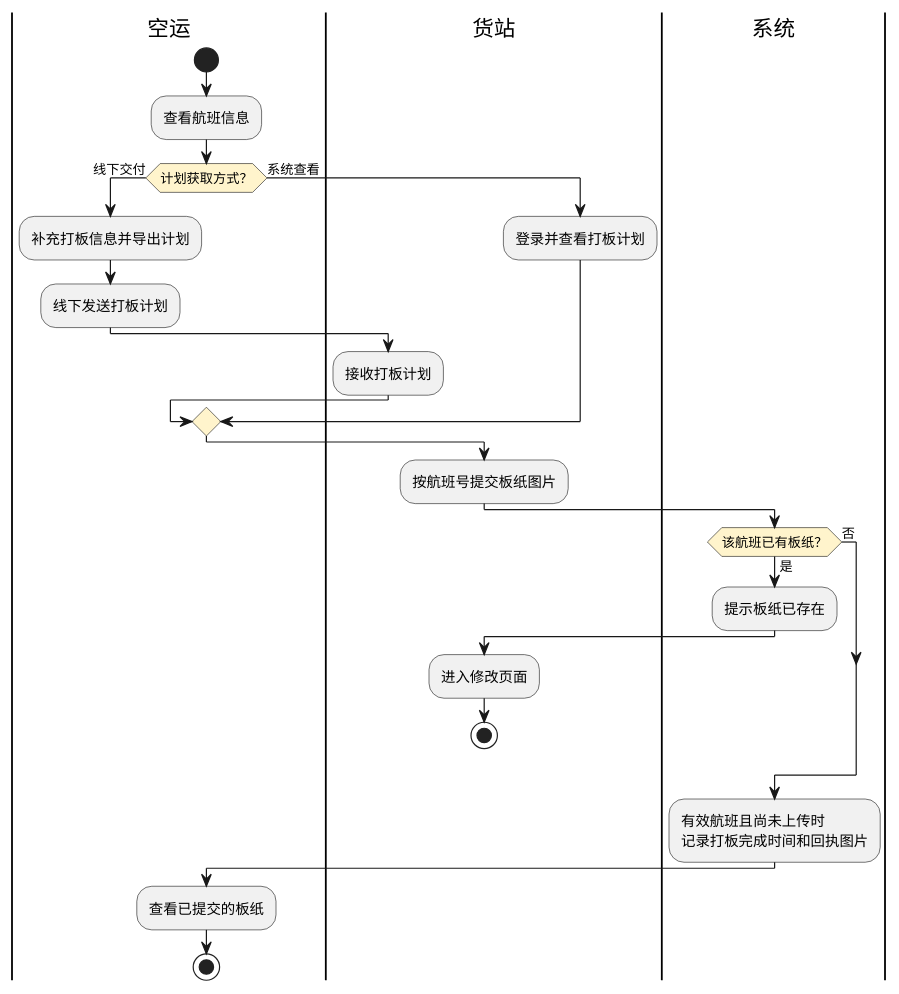
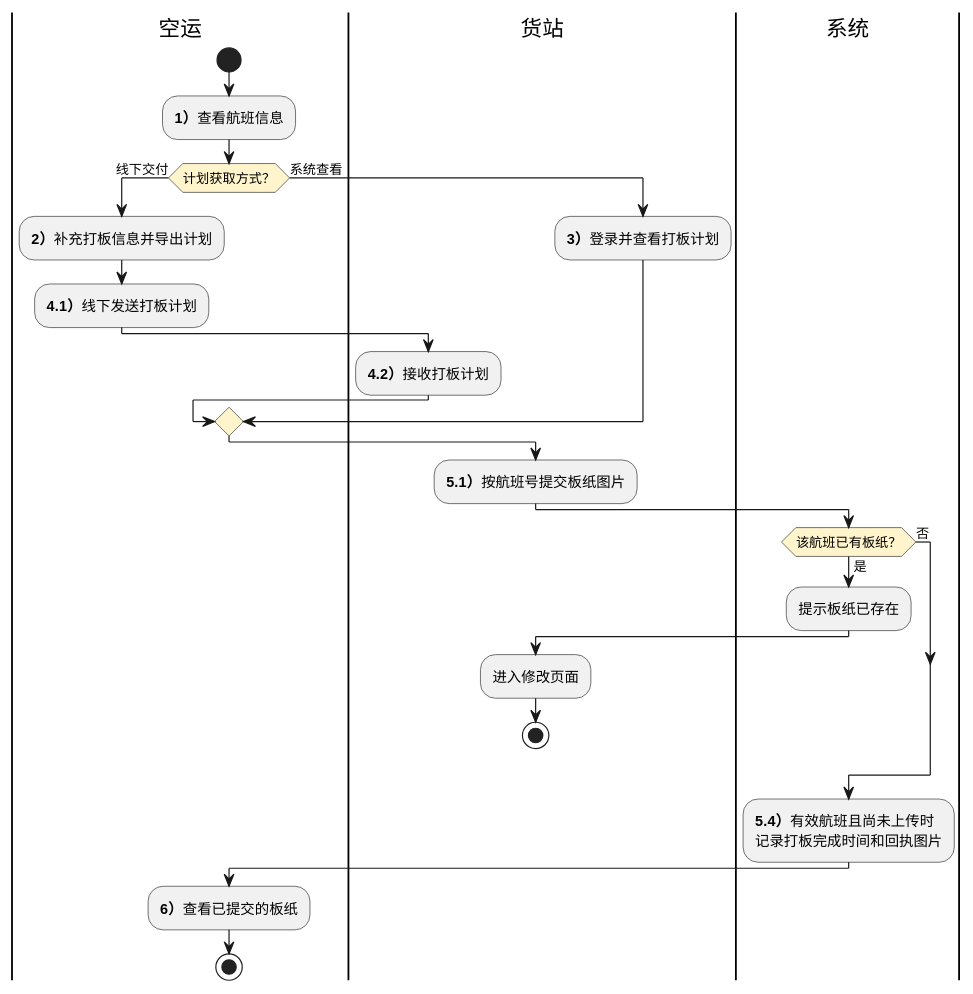
The first of 2 diagrams in product-caliber/goldjet/segmented-prd/PRD.高捷物流系统一期.第021篇.航晟货站打板.B42F0635C9.md (jack888332/projects-doc), drawn with PlantUML before and after one commit. The commit also changed other lines of this file and 24 other files, not shown here.

````diff
--- a/product-caliber/goldjet/segmented-prd/PRD.高捷物流系统一期.第021篇.航晟货站打板.B42F0635C9.md
+++ b/product-caliber/goldjet/segmented-prd/PRD.高捷物流系统一期.第021篇.航晟货站打板.B42F0635C9.md
@@ -38,31 +38,31 @@
 ```plantuml
 @startuml goldjet-021-plan-and-receipt
 skinparam activityDiamondBackgroundColor #FFF4CC
 |空运|
 start
-:查看航班信息;
+:**1）**查看航班信息;
 if (计划获取方式？) then (线下交付)
-  :补充打板信息并导出计划;
-  :线下发送打板计划;
+  :**2）**补充打板信息并导出计划;
+  :**4.1）**线下发送打板计划;
   |货站|
-  :接收打板计划;
+  :**4.2）**接收打板计划;
 else (系统查看)
   |货站|
-  :登录并查看打板计划;
+  :**3）**登录并查看打板计划;
 endif
-:按航班号提交板纸图片;
+:**5.1）**按航班号提交板纸图片;
 |系统|
 if (该航班已有板纸？) then (是)
   :提示板纸已存在;
   |货站|
   :进入修改页面;
   stop
 else (否)
 endif
 |系统|
-:有效航班且尚未上传时\n记录打板完成时间和回执图片;
+:**5.4）**有效航班且尚未上传时\n记录打板完成时间和回执图片;
 |空运|
-:查看已提交的板纸;
+:**6）**查看已提交的板纸;
 stop
 @enduml
 ```
````
